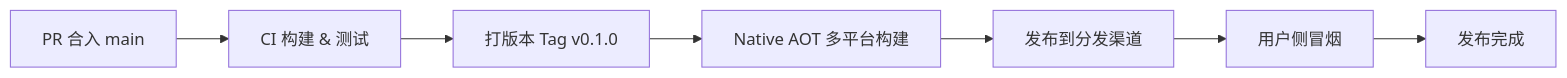
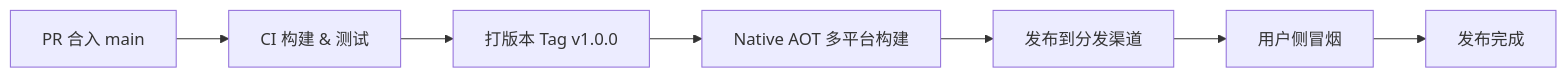
The diagram in docs/14-部署文档.md (Camefor/GitGuard), drawn with Mermaid before and after one commit. The commit also changed other lines of this file and 8 other files, not shown here.

````diff
--- a/docs/14-部署文档.md
+++ b/docs/14-部署文档.md
@@ -25,9 +25,9 @@
 ```mermaid
 flowchart LR
     PR[PR 合入 main] --> CI[CI 构建 & 测试]
-    CI --> Tag[打版本 Tag v0.1.0]
+    CI --> Tag[打版本 Tag v1.0.0]
     Tag --> Pack[Native AOT 多平台构建]
     Pack --> Publish[发布到分发渠道]
     Publish --> Smoke[用户侧冒烟]
     Smoke --> Done[发布完成]
 ```
````
